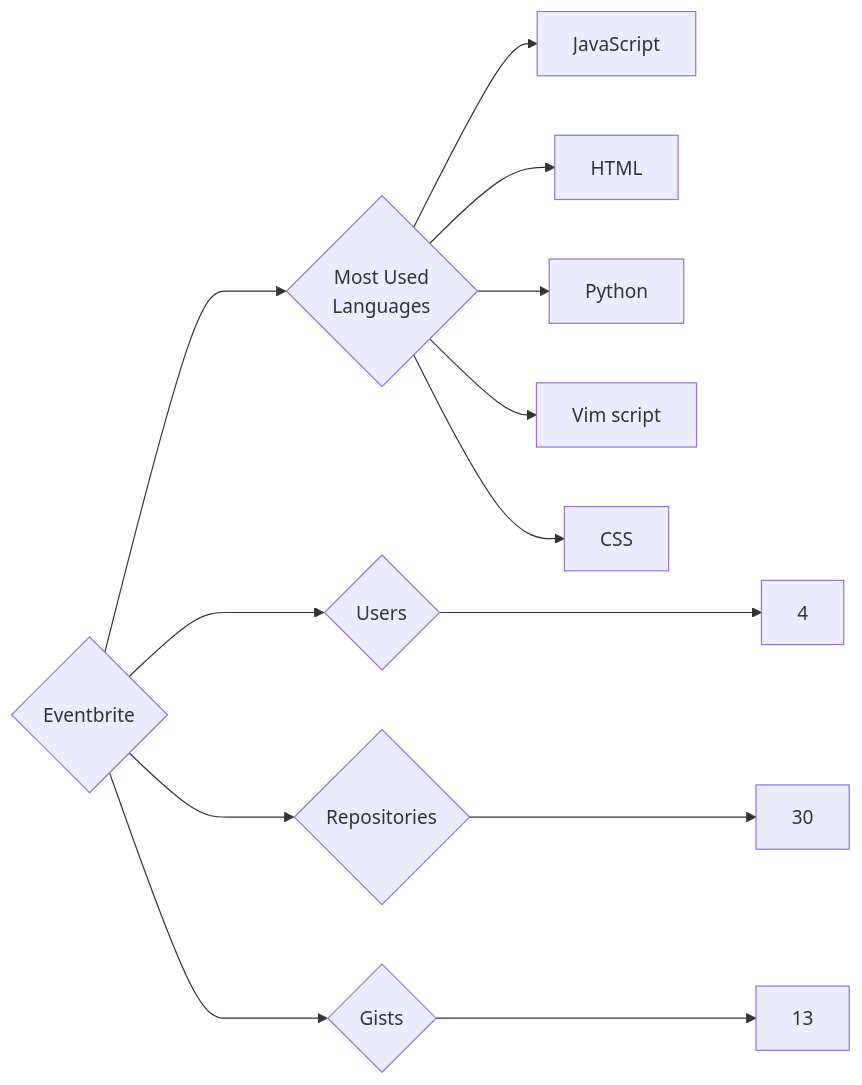
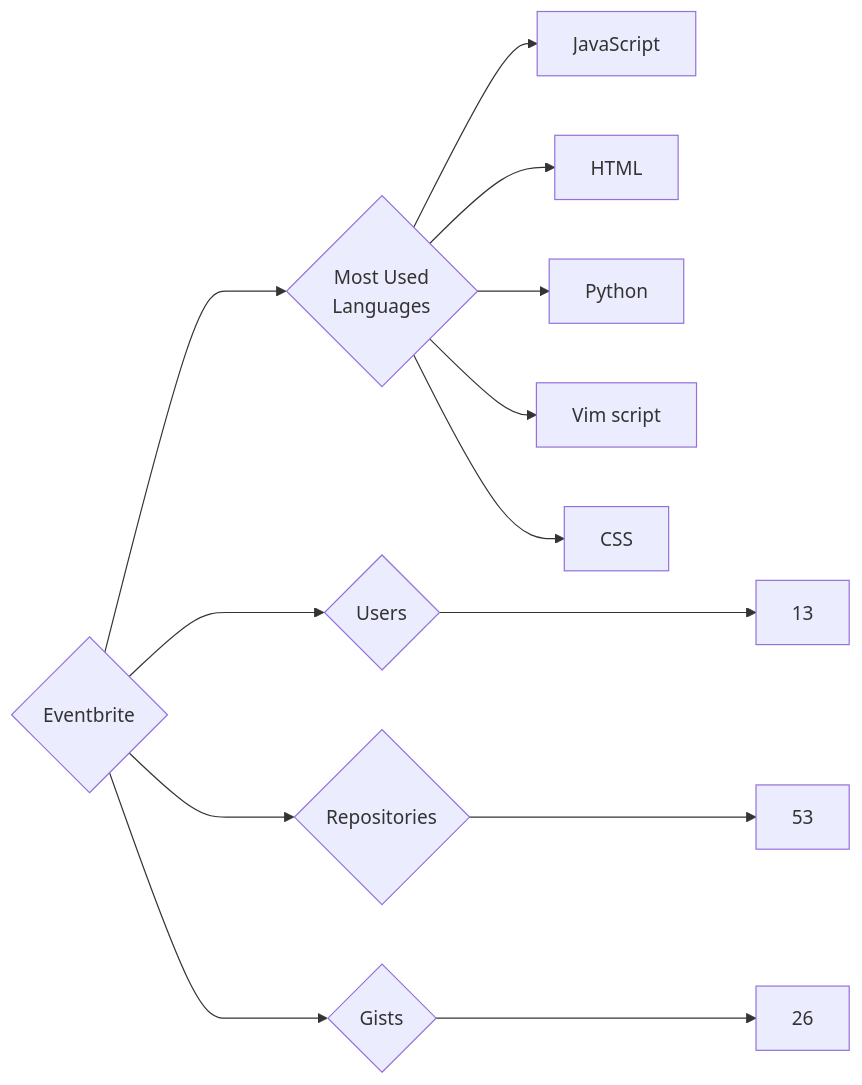
One commit to trickest/insiders changed the diagram in targets/Eventbrite/README.md. Above: the diagram before and after it, drawn with Mermaid. The commit also changed 861 other files, not shown here.

````diff
--- a/targets/Eventbrite/README.md
+++ b/targets/Eventbrite/README.md
@@ -3,13 +3,13 @@
 ```mermaid
 graph LR
 COMPANY_NAME{Eventbrite}
-COMPANY_NAME ---> U{Users} ---> UN[4]
-COMPANY_NAME ---> R{Repositories} ---> RN[30]
-COMPANY_NAME ---> G{Gists} ---> GN[13]
+COMPANY_NAME ---> U{Users} ---> UN[13]
+COMPANY_NAME ---> R{Repositories} ---> RN[53]
+COMPANY_NAME ---> G{Gists} ---> GN[26]
 COMPANY_NAME ---> ML{Most Used<br>Languages}
 ML --> JavaScript[JavaScript]
 ML --> HTML[HTML]
 ML --> Python[Python]
 ML --> Vim_script[Vim script]
 ML --> CSS[CSS]
 ```
````
